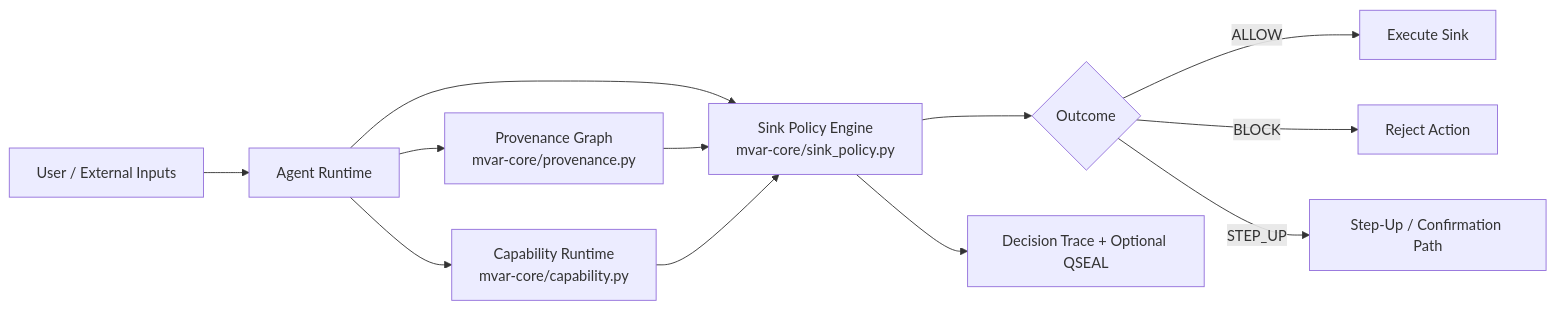
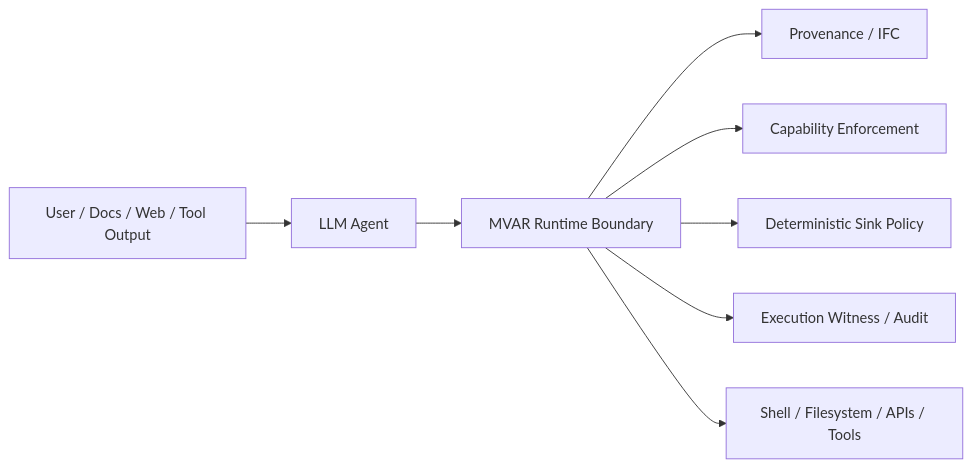
One commit to mvar-security/mvar changed the diagram in ARCHITECTURE.md. Above: the diagram before and after it, drawn with Mermaid. The commit also changed other lines of this file and 4 other files, not shown here.

````diff
--- a/ARCHITECTURE.md
+++ b/ARCHITECTURE.md
@@ -9,14 +9,10 @@
 ```mermaid
 flowchart LR
-    U[User / External Inputs] --> A[Agent Runtime]
-    A --> P[Provenance Graph<br/>mvar-core/provenance.py]
-    A --> C[Capability Runtime<br/>mvar-core/capability.py]
-    A --> S[Sink Policy Engine<br/>mvar-core/sink_policy.py]
-    P --> S
-    C --> S
-    S --> D{Outcome}
-    D -->|ALLOW| X[Execute Sink]
-    D -->|BLOCK| B[Reject Action]
-    D -->|STEP_UP| H[Step-Up / Confirmation Path]
-    S --> L[Decision Trace + Optional QSEAL]
+    A[User / Docs / Web / Tool Output] --> B[LLM Agent]
+    B --> C[MVAR Runtime Boundary]
+    C --> C1[Provenance / IFC]
+    C --> C2[Capability Enforcement]
+    C --> C3[Deterministic Sink Policy]
+    C --> C4[Execution Witness / Audit]
+    C --> D[Shell / Filesystem / APIs / Tools]
 ```
````
